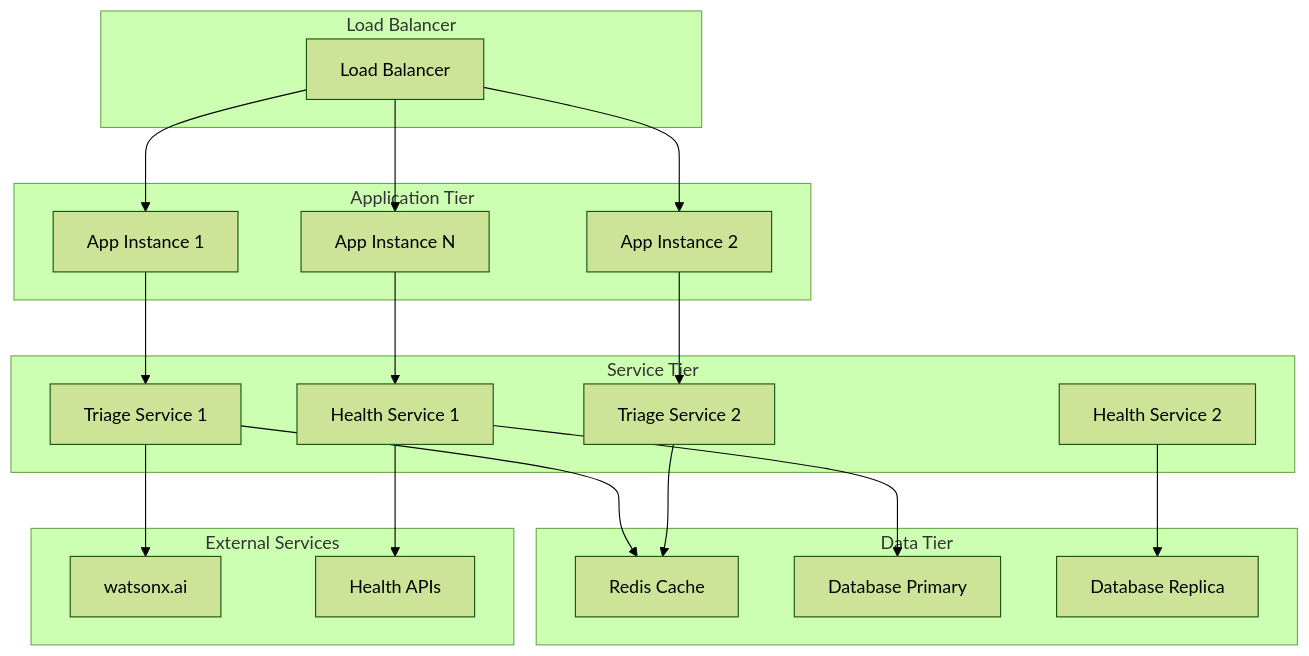
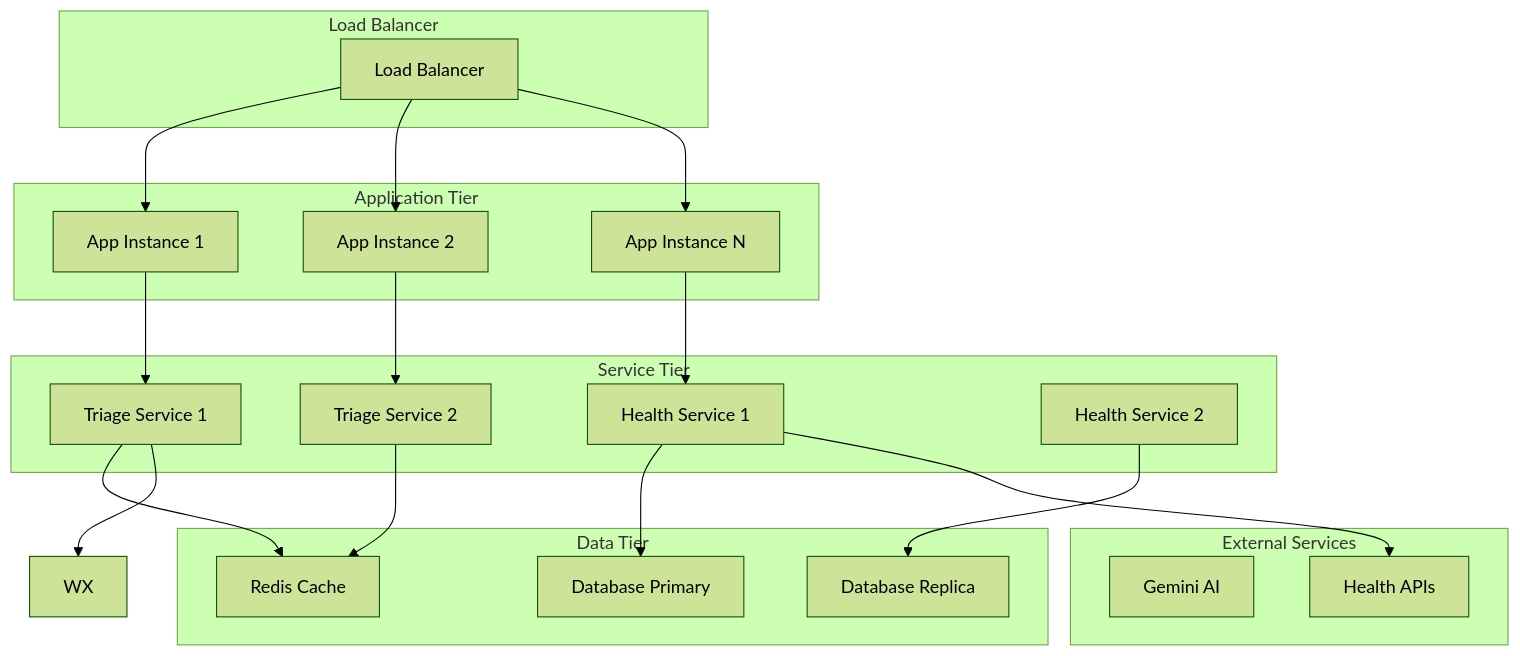
Before and after one commit to SA-Msweli/triage_bios_ai: the eighth of 11 diagrams in docs/ARCHITECTURE.md, drawn with Mermaid (forest theme). The commit also changed other lines of this file and 129 other files, not shown here.

````diff
--- a/docs/ARCHITECTURE.md
+++ b/docs/ARCHITECTURE.md
@@ -337,46 +337,46 @@
 ```mermaid
 graph TB
     subgraph "Load Balancer"
         LB[Load Balancer]
     end
     
     subgraph "Application Tier"
         APP1[App Instance 1]
         APP2[App Instance 2]
         APP3[App Instance N]
     end
     
     subgraph "Service Tier"
         TS1[Triage Service 1]
         TS2[Triage Service 2]
         HS1[Health Service 1]
         HS2[Health Service 2]
     end
     
     subgraph "Data Tier"
         CACHE[Redis Cache]
         DB1[Database Primary]
         DB2[Database Replica]
     end
     
     subgraph "External Services"
-        WX[watsonx.ai]
+        GM[Gemini AI]
         HEALTH[Health APIs]
     end
     
     LB --> APP1
     LB --> APP2
     LB --> APP3
     
     APP1 --> TS1
     APP2 --> TS2
     APP3 --> HS1
     
     TS1 --> CACHE
     TS2 --> CACHE
     HS1 --> DB1
     HS2 --> DB2
     
     TS1 --> WX
     HS1 --> HEALTH
 ```
````
